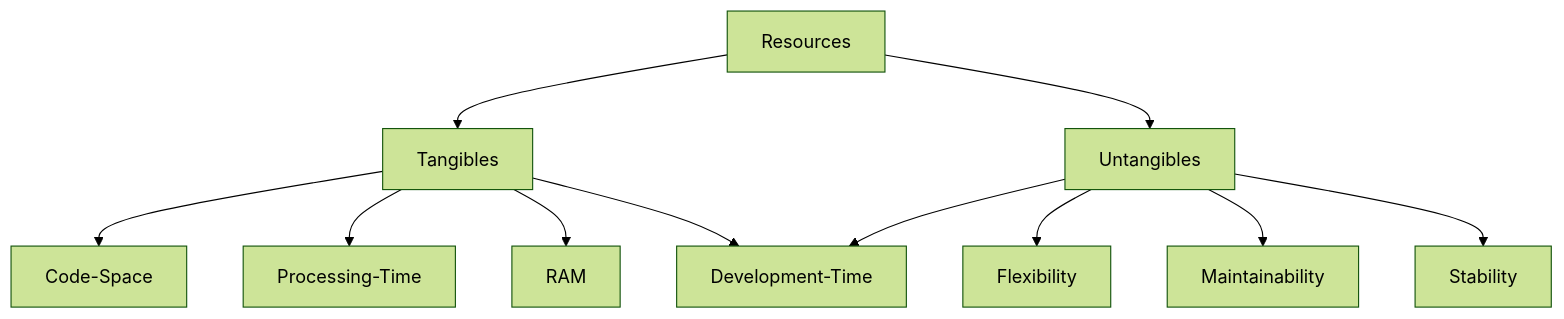
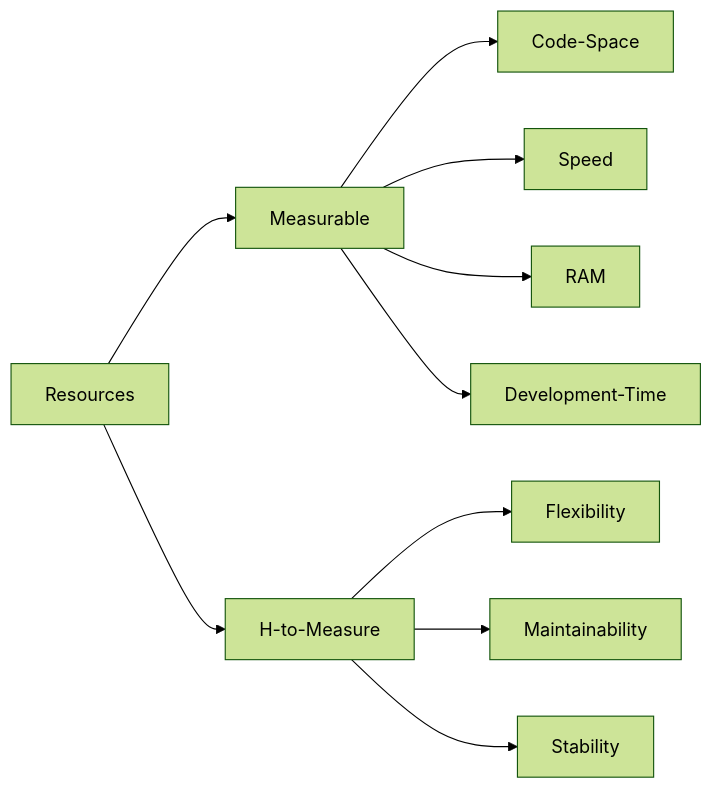
Before and after one commit to ptorru/pg7232: the diagram in teoriaS11/notes/week_11_theory.md, drawn with Mermaid (forest theme). The commit also changed other lines of this file, not shown here.

Commit message:
Updated diagram on noted for week 11.

````diff
--- a/teoriaS11/notes/week_11_theory.md
+++ b/teoriaS11/notes/week_11_theory.md
@@ -44,13 +44,12 @@
 ```mermaid
-graph TD;
-Resources --> Tangibles;
-Resources --> Untangibles;
-Tangibles --> Code-Space;
-Tangibles --> Processing-Time;
-Tangibles --> RAM;
-Tangibles --> Development-Time;
-Untangibles --> Development-Time;
-Untangibles --> Flexibility;
-Untangibles --> Maintainability;
-Untangibles --> Stability;
+graph LR;
+Resources --> Measurable;
+Resources --> H-to-Measure;
+Measurable --> Code-Space;
+Measurable --> Speed;
+Measurable --> RAM;
+Measurable --> Development-Time;
+H-to-Measure --> Flexibility;
+H-to-Measure --> Maintainability;
+H-to-Measure --> Stability;
 ```
````
